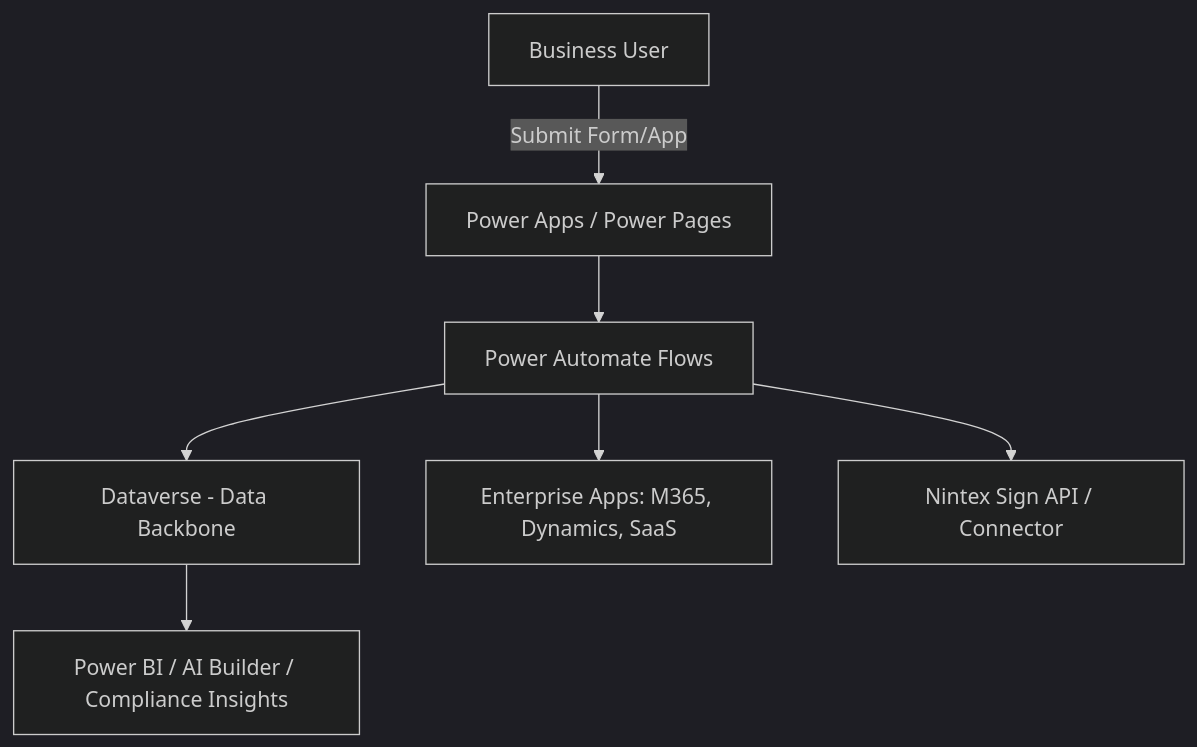
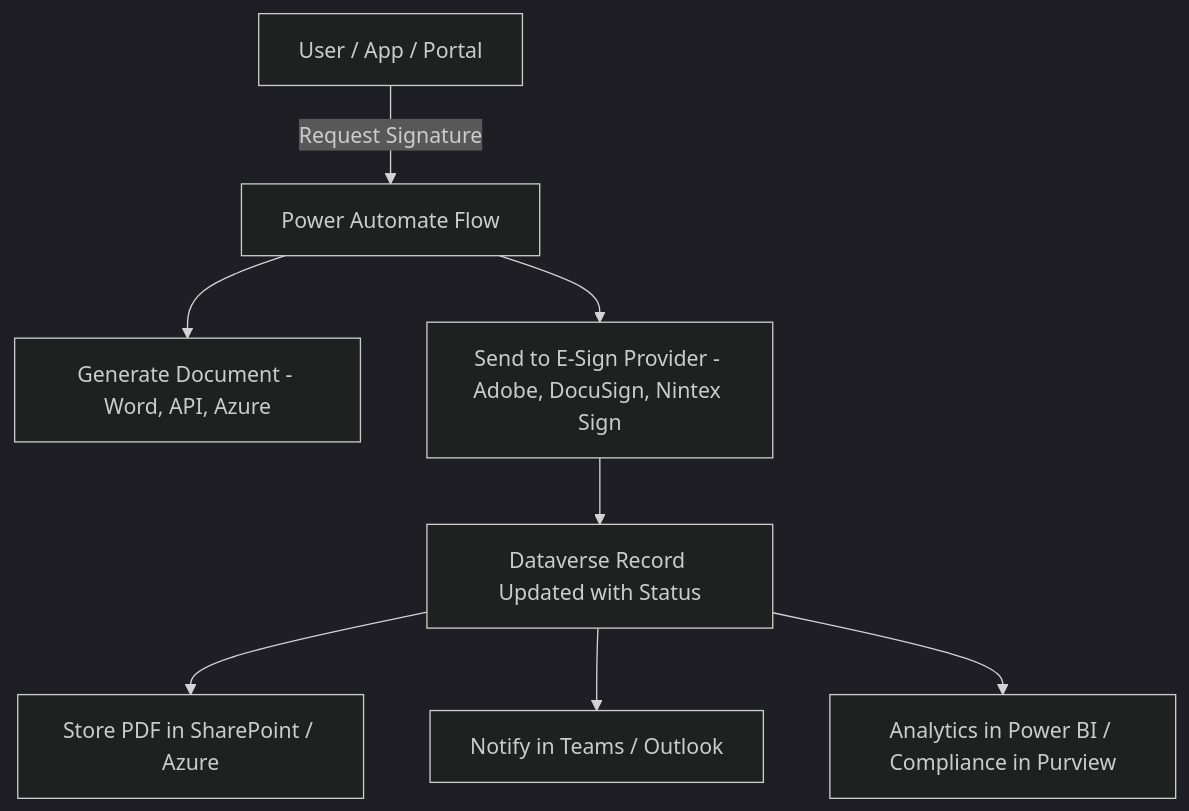
One commit to Cloudstrucc/Public changed the second of 2 diagrams in docs/Nintex/comparison.md. Above: the diagram before and after it, drawn with Mermaid (dark theme). The commit also changed other lines of this file, not shown here.

Commit message:
nintex desc

````diff
--- a/docs/Nintex/comparison.md
+++ b/docs/Nintex/comparison.md
@@ -162,9 +145,10 @@
 ```mermaid
 flowchart TD
-    A[Business User] -->|Submit Form/App| B["Power Apps / Power Pages"]
-    B --> C["Power Automate Flows"]
-    C --> D["Dataverse - Data Backbone"]
-    C --> E["Enterprise Apps: M365, Dynamics, SaaS"]
-    C --> F["Nintex Sign API / Connector"]
-    D --> G["Power BI / AI Builder / Compliance Insights"]
+    A[User / App / Portal] -->|Request Signature| B["Power Automate Flow"]
+    B --> C["Generate Document - Word, API, Azure"]
+    B --> D["Send to E-Sign Provider - Adobe, DocuSign, Nintex Sign"]
+    D --> E["Dataverse Record Updated with Status"]
+    E --> F["Store PDF in SharePoint / Azure"]
+    E --> G["Notify in Teams / Outlook"]
+    E --> H["Analytics in Power BI / Compliance in Purview"]
 ```
````
